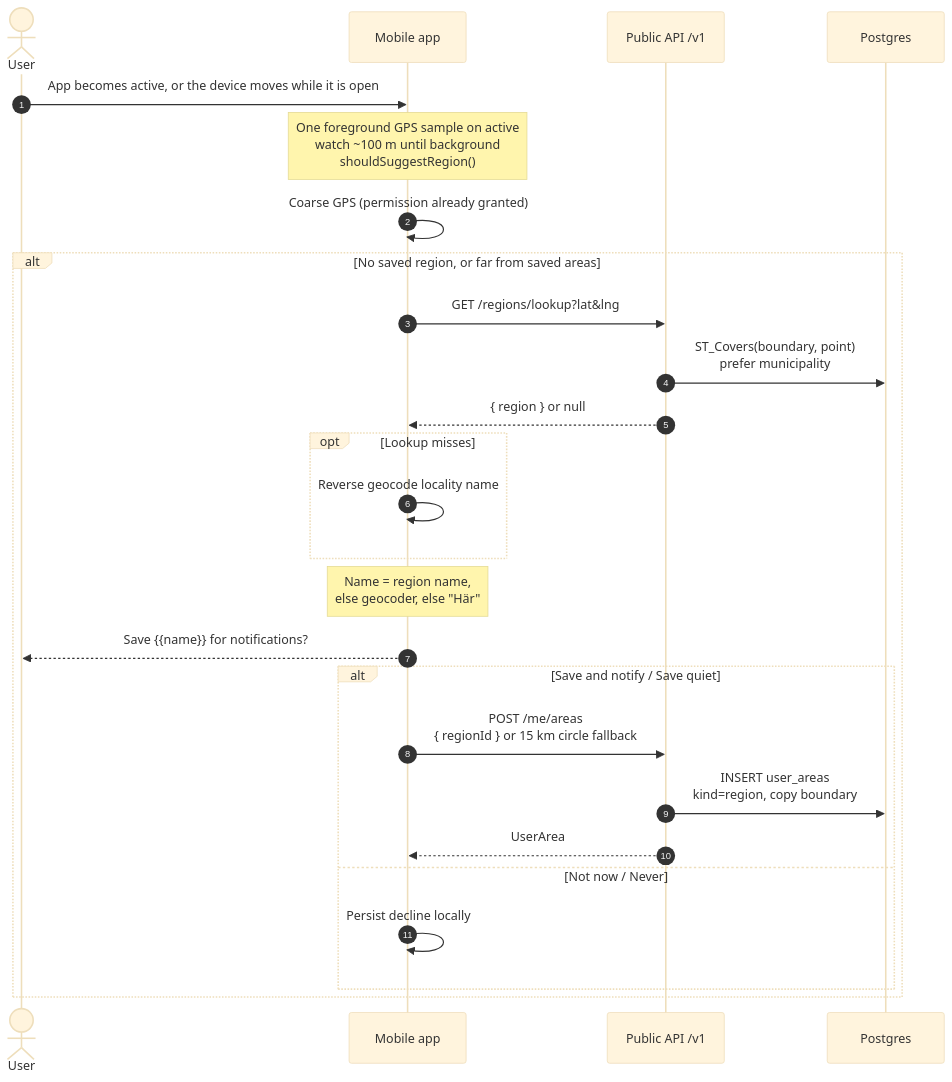
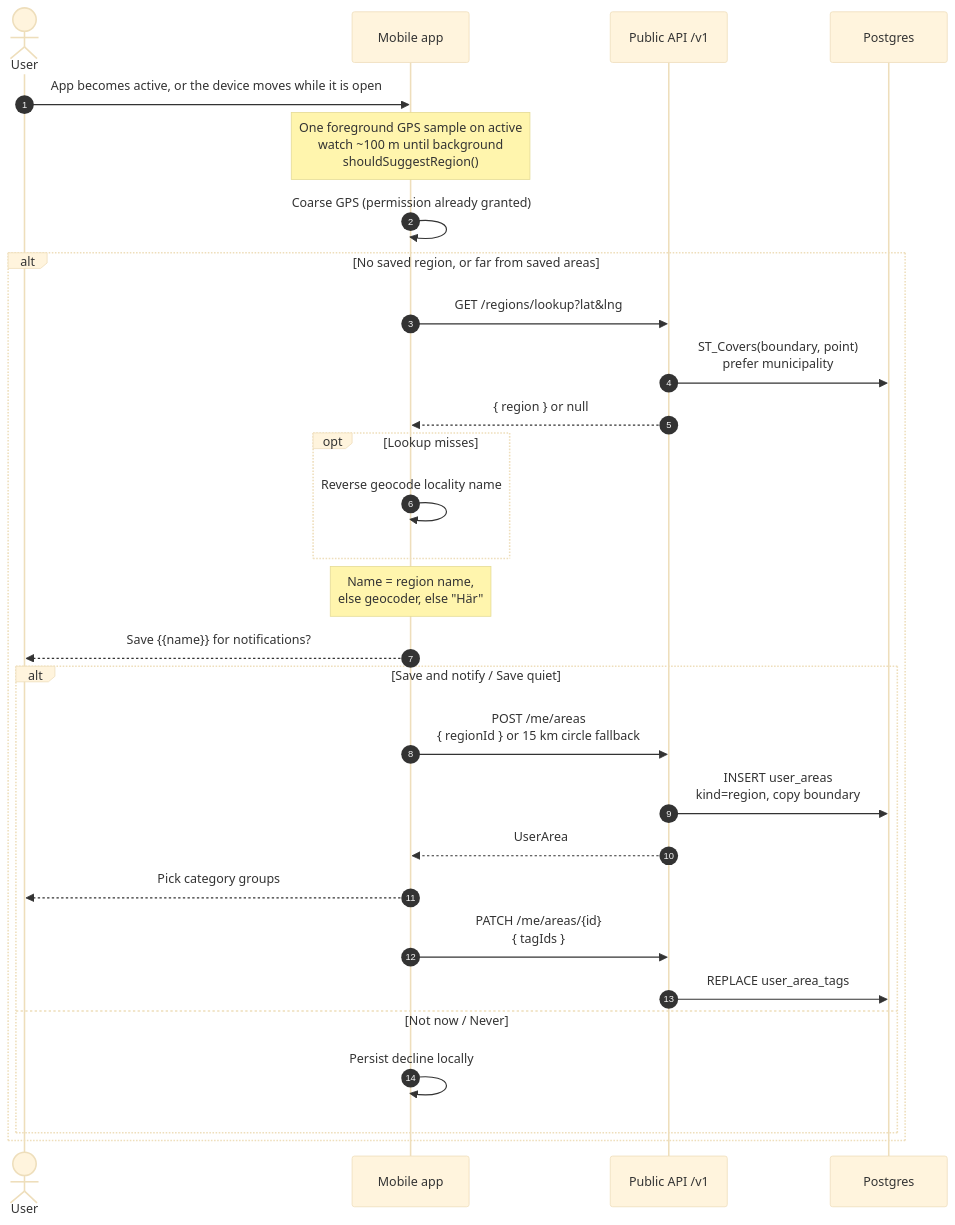
One commit to BradleySmallbottoms/evently changed the diagram in docs/flows/region-suggestions.md. Above: the diagram before and after it, drawn with Mermaid (base theme). The commit also changed other lines of this file and 40 other files, not shown here.

First line of the commit message:
Enhance area management and tag handling in user preferences and onboarding process.

````diff
--- a/docs/flows/region-suggestions.md
+++ b/docs/flows/region-suggestions.md
@@ -9,29 +9,32 @@
 ```mermaid
 sequenceDiagram
   autonumber
   actor User
   participant Mobile as Mobile app
   participant API as Public API /v1
   participant DB as Postgres
 
   User->>Mobile: App becomes active, or the device moves while it is open
   Note over Mobile: One foreground GPS sample on active<br/>watch ~100 m until background<br/>shouldSuggestRegion()
   Mobile->>Mobile: Coarse GPS (permission already granted)
   alt No saved region, or far from saved areas
     Mobile->>API: GET /regions/lookup?lat&lng
     API->>DB: ST_Covers(boundary, point)<br/>prefer municipality
     API-->>Mobile: { region } or null
     opt Lookup misses
       Mobile->>Mobile: Reverse geocode locality name
     end
     Note over Mobile: Name = region name,<br/>else geocoder, else "Här"
     Mobile-->>User: Save {{name}} for notifications?
     alt Save and notify / Save quiet
       Mobile->>API: POST /me/areas<br/>{ regionId } or 15 km circle fallback
       API->>DB: INSERT user_areas<br/>kind=region, copy boundary
       API-->>Mobile: UserArea
+      Mobile-->>User: Pick category groups
+      Mobile->>API: PATCH /me/areas/{id}<br/>{ tagIds }
+      API->>DB: REPLACE user_area_tags
     else Not now / Never
       Mobile->>Mobile: Persist decline locally
     end
   end
 ```
````
